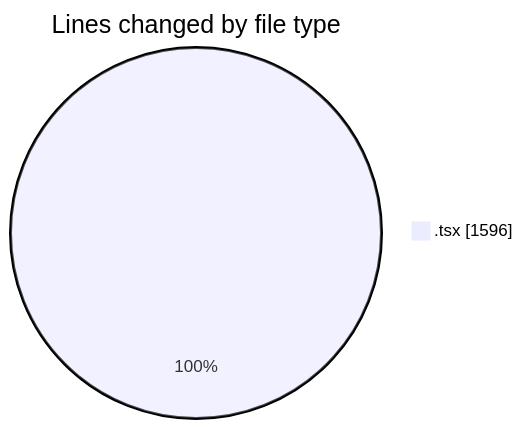
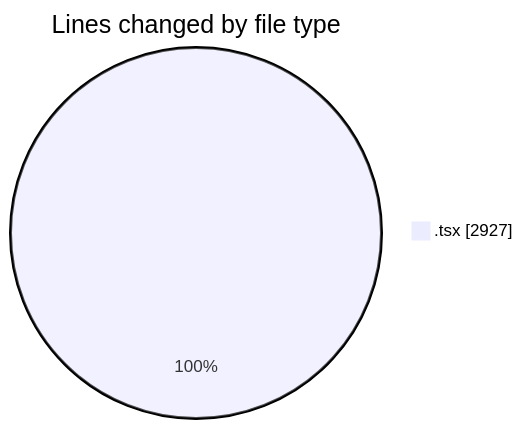
Before and after one commit to nxtqubesakshisongat/code-tracking: the first of 2 diagrams in 2026-06-23/nxtqube_webapp/README.md, drawn with Mermaid. The commit also changed other lines of this file and 1 other file, not shown here.

````diff
--- a/2026-06-23/nxtqube_webapp/README.md
+++ b/2026-06-23/nxtqube_webapp/README.md
@@ -20,5 +21,5 @@
 ```mermaid
 pie showData
 title Lines changed by file type
-".tsx" : 1596
+".tsx" : 2927
 ```
````
